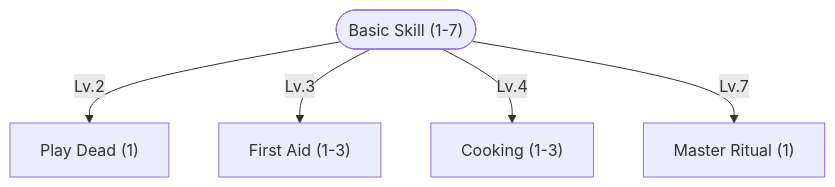
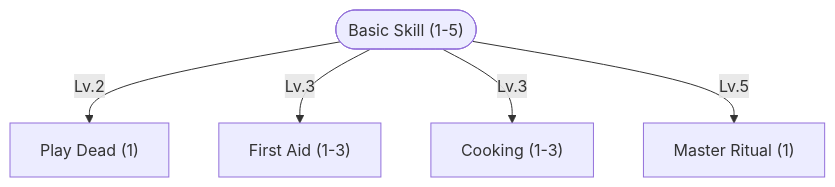
Before and after one commit to tfelix/bestia-docs: the first of 16 diagrams in content/docs/mechanics/master.md, drawn with Mermaid. The commit also changed other lines of this file and 1 other file, not shown here.

````diff
--- a/content/docs/mechanics/master.md
+++ b/content/docs/mechanics/master.md
@@ -69,13 +67,13 @@
 ```mermaid
 graph TD
-    BasicSkill(["Basic Skill (1-7)"])
+    BasicSkill(["Basic Skill (1-5)"])
     PlayDead["Play Dead (1)"]
     FirstAid["First Aid (1-3)"]
     MasterRitual["Master Ritual (1)"]
     Cooking["Cooking (1-3)"]
 
     BasicSkill -->|Lv.2| PlayDead
     BasicSkill -->|Lv.3| FirstAid
-    BasicSkill -->|Lv.4| Cooking
-    BasicSkill -->|Lv.7| MasterRitual
+    BasicSkill -->|Lv.3| Cooking
+    BasicSkill -->|Lv.5| MasterRitual
 ```
````
